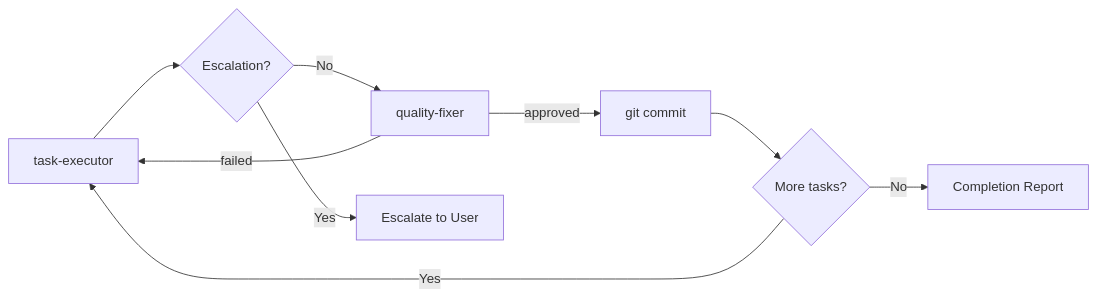
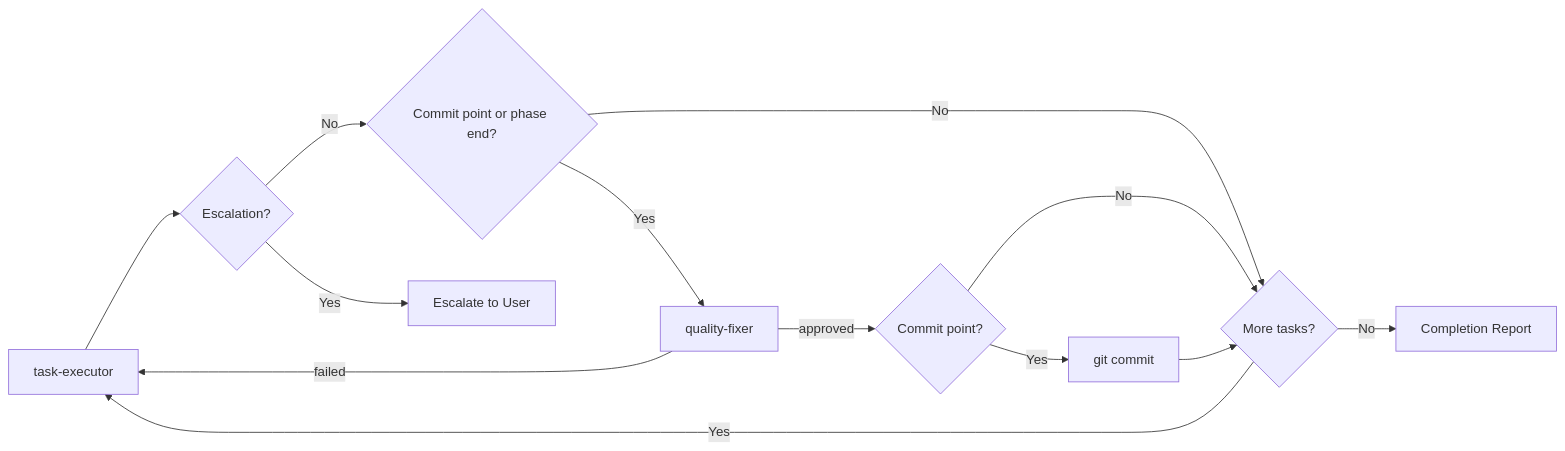
One commit to tundraray/overture changed the ninth of 10 diagrams in docs/overture/gamedev-workflows.md. Above: the diagram before and after it, drawn with Mermaid. The commit also changed other lines of this file and 31 other files, not shown here.

````diff
--- a/docs/overture/gamedev-workflows.md
+++ b/docs/overture/gamedev-workflows.md
@@ -309,11 +309,15 @@
 ```mermaid
 graph LR
     TE[task-executor] --> ESC{Escalation?}
-    ESC --> |No| QF[quality-fixer]
+    ESC --> |No| GATE{Commit point or phase end?}
     ESC --> |Yes| USER[Escalate to User]
-    QF --> |approved| COMMIT[git commit]
+    GATE --> |No| NEXT
+    GATE --> |Yes| QF[quality-fixer]
+    QF --> |approved| CP{Commit point?}
+    CP --> |Yes| COMMIT[git commit]
+    CP --> |No| NEXT
     QF --> |failed| TE
     COMMIT --> NEXT{More tasks?}
     NEXT --> |Yes| TE
     NEXT --> |No| REPORT[Completion Report]
 ```
````
